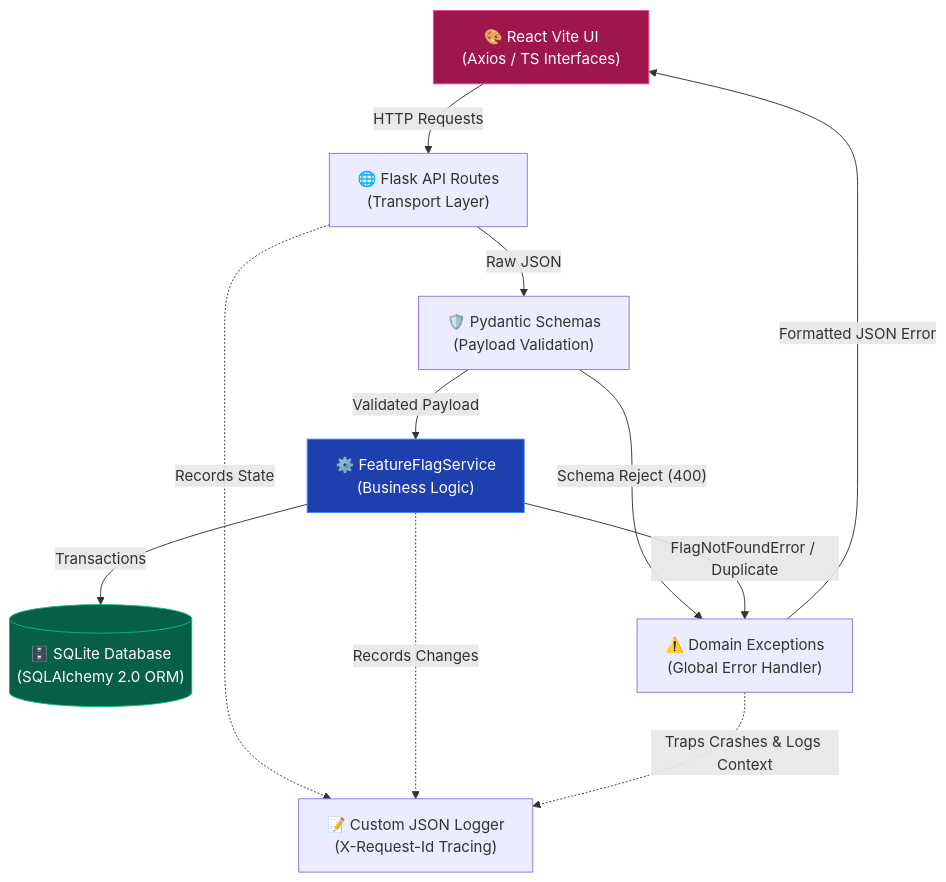
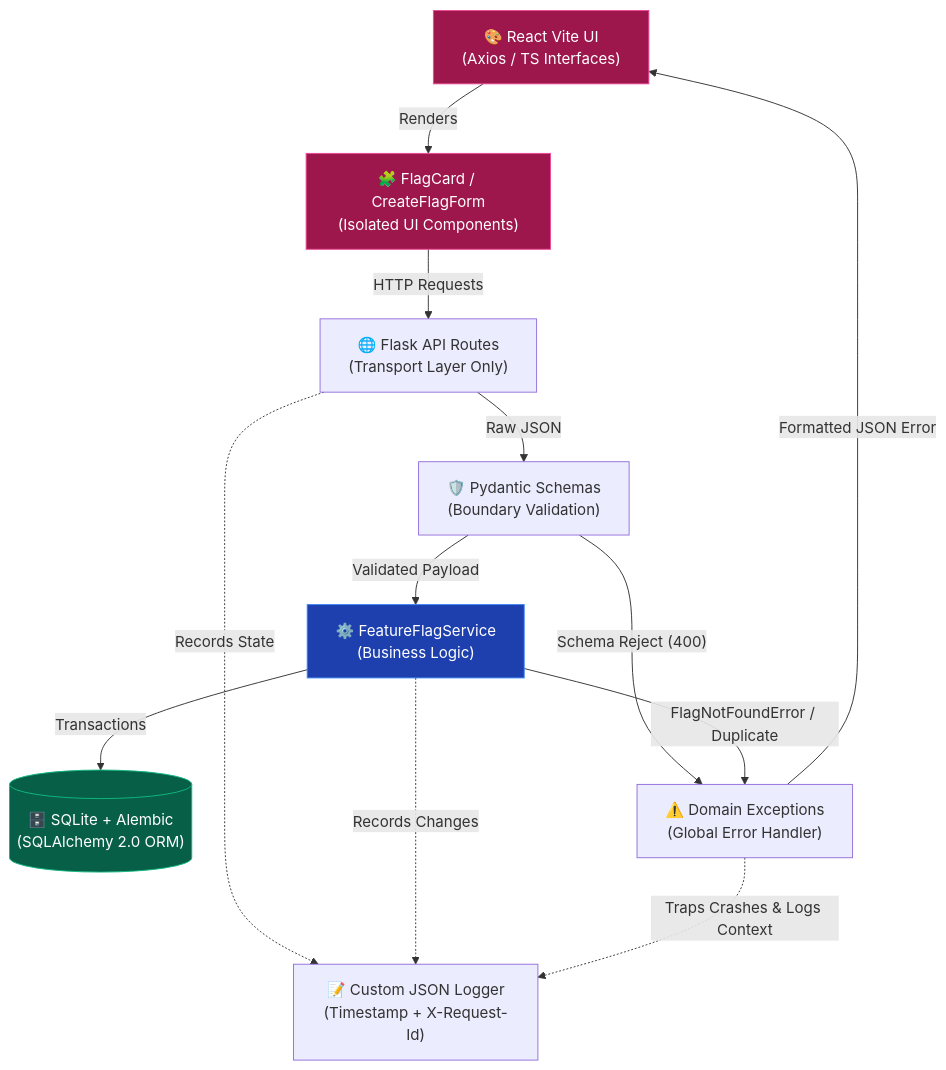
Before and after one commit to gauravDombale/SafeSwitch: the diagram in README.md, drawn with Mermaid. The commit also changed other lines of this file and 1 other file, not shown here.

First line of the commit message:
docs: rewrite README and agents.md to reflect final architecture

````diff
--- a/README.md
+++ b/README.md
@@ -7,36 +7,38 @@
 ```mermaid
 flowchart TD
     %% Define Nodes
     Client["🎨 React Vite UI\n(Axios / TS Interfaces)"]
-    API["🌐 Flask API Routes\n(Transport Layer)"]
-    Validation["🛡️ Pydantic Schemas\n(Payload Validation)"]
+    Components["🧩 FlagCard / CreateFlagForm\n(Isolated UI Components)"]
+    API["🌐 Flask API Routes\n(Transport Layer Only)"]
+    Validation["🛡️ Pydantic Schemas\n(Boundary Validation)"]
     Logic["⚙️ FeatureFlagService\n(Business Logic)"]
-    DB[("🗄️ SQLite Database\n(SQLAlchemy 2.0 ORM)")]
-    Logs["📝 Custom JSON Logger\n(X-Request-Id Tracing)"]
+    DB[("🗄️ SQLite + Alembic\n(SQLAlchemy 2.0 ORM)")]
+    Logs["📝 Custom JSON Logger\n(Timestamp + X-Request-Id)"]
     Exceptions["⚠️ Domain Exceptions\n(Global Error Handler)"]
 
     %% Define Flow
-    Client -- "HTTP Requests" --> API
+    Client -- "Renders" --> Components
+    Components -- "HTTP Requests" --> API
     API -- "Raw JSON" --> Validation
     Validation -- "Schema Reject (400)" --> Exceptions
     Validation -- "Validated Payload" --> Logic
     Logic -- "Transactions" --> DB
-    
+
     %% Error Flow
     Logic -- "FlagNotFoundError / Duplicate" --> Exceptions
     Exceptions -- "Formatted JSON Error" --> Client
-    
+
     %% Implicit Subsystems
     API -. "Records State" .-> Logs
     Logic -. "Records Changes" .-> Logs
     Exceptions -. "Traps Crashes & Logs Context" .-> Logs
 
     %% Styling
     classDef logic fill:#1e40af,color:#fff,stroke:#3b82f6
     classDef db fill:#065f46,color:#fff,stroke:#10b981
     classDef ui fill:#9d174d,color:#fff,stroke:#ec4899
-    
-    class Client ui
+
+    class Client,Components ui
     class Logic logic
     class DB db
 ```
````
